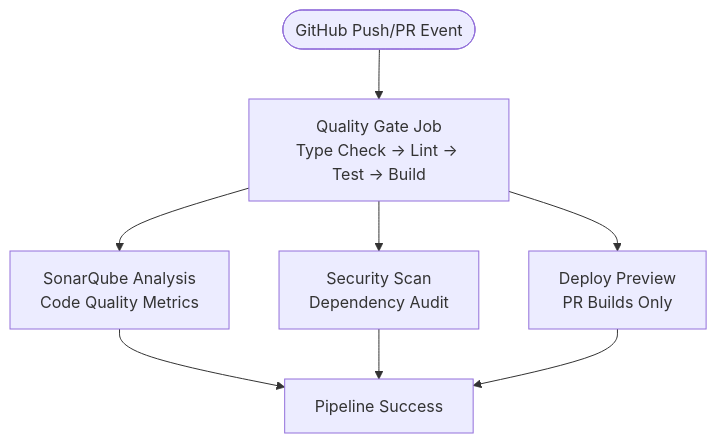
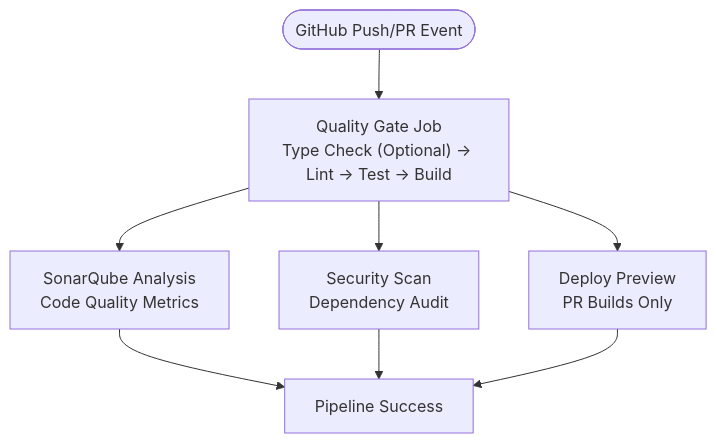
Before and after one commit to DoVuDung/cv-portfolio-builder: the ninth of 11 diagrams in .qoder/repowiki/en/content/Core Architecture/Build Configuration/Build Configuration.md, drawn with Mermaid. The commit also changed other lines of this file and 6 other files, not shown here.

````diff
--- a/.qoder/repowiki/en/content/Core Architecture/Build Configuration/Build Configuration.md
+++ b/.qoder/repowiki/en/content/Core Architecture/Build Configuration/Build Configuration.md
@@ -402,10 +439,10 @@
 ```mermaid
 flowchart TD
-Start(["GitHub Push/PR Event"]) --> QualityGate["Quality Gate Job<br/>Type Check → Lint → Test → Build"]
+Start(["GitHub Push/PR Event"]) --> QualityGate["Quality Gate Job<br/>Type Check (Optional) → Lint → Test → Build"]
 QualityGate --> SonarQube["SonarQube Analysis<br/>Code Quality Metrics"]
 QualityGate --> Security["Security Scan<br/>Dependency Audit"]
 QualityGate --> DeployPreview["Deploy Preview<br/>PR Builds Only"]
 SonarQube --> Success["Pipeline Success"]
 Security --> Success
 DeployPreview --> Success
 ```
````
